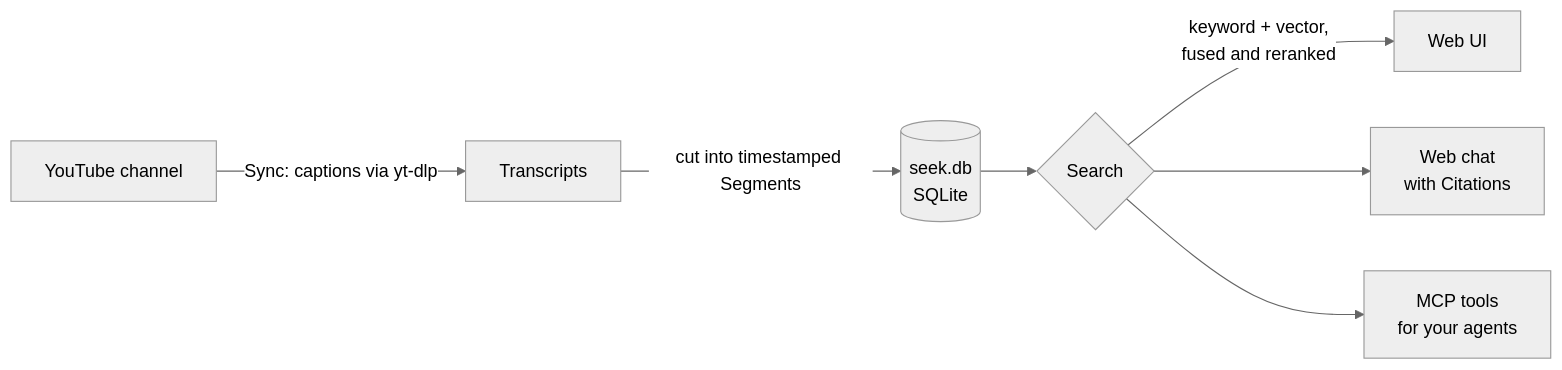
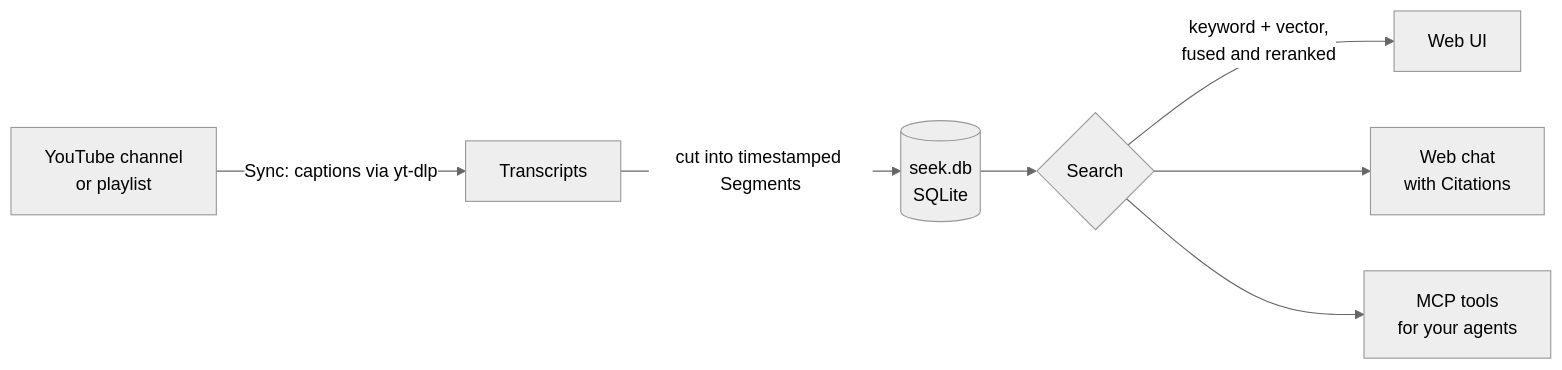
One commit to ariviom/seek changed the diagram in README.md. Above: the diagram before and after it, drawn with Mermaid (neutral theme). The commit also changed other lines of this file and 1 other file, not shown here.

````diff
--- a/README.md
+++ b/README.md
@@ -55,9 +58,9 @@
 ```mermaid
 flowchart LR
-    A[YouTube channel] -->|Sync: captions via yt-dlp| B[Transcripts]
+    A[YouTube channel<br/>or playlist] -->|Sync: captions via yt-dlp| B[Transcripts]
     B -->|cut into timestamped Segments| C[(seek.db<br/>SQLite)]
     C --> D{Search}
     D -->|keyword + vector,<br/>fused and reranked| E[Web UI]
     D --> F[Web chat<br/>with Citations]
     D --> G[MCP tools<br/>for your agents]
 ```
````
